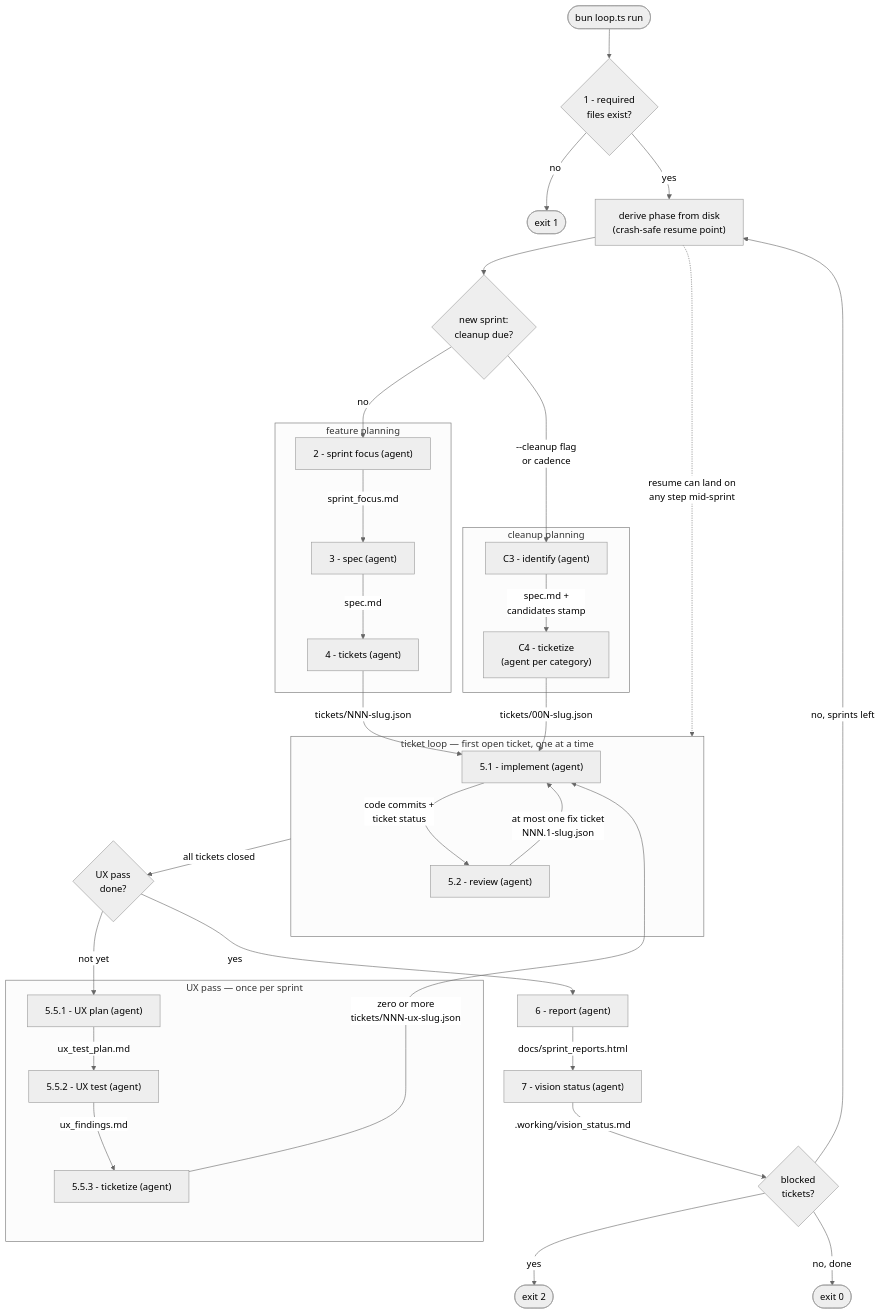
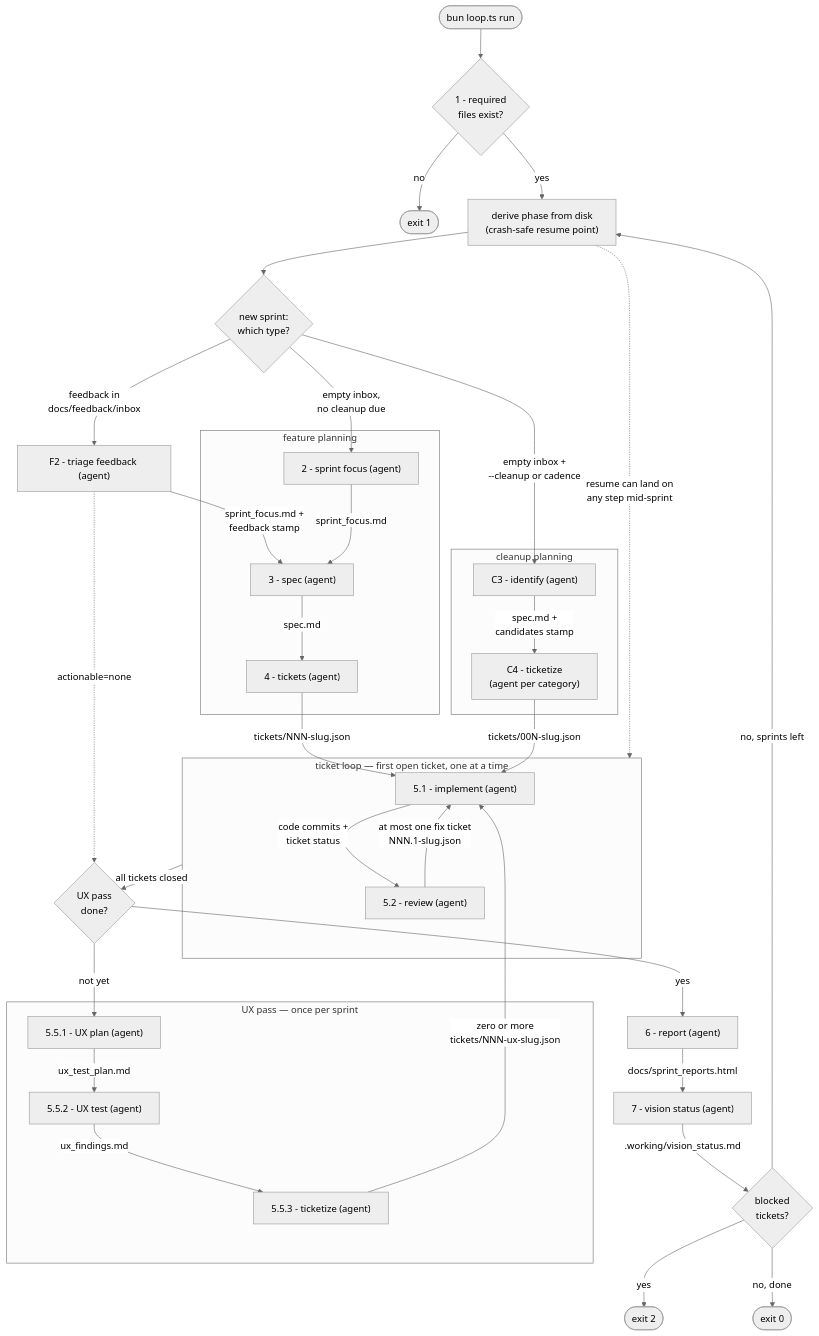
The diagram in README.md (schmkls/mmm-loop), drawn with Mermaid (neutral theme) before and after one commit. The commit also changed other lines of this file and 28 other files, not shown here.

````diff
--- a/README.md
+++ b/README.md
@@ -174,44 +187,48 @@
 ```mermaid
 flowchart TD
     Run(["bun loop.ts run"]) --> Validate{"1 - required<br/>files exist?"}
     Validate -- no --> Exit1(["exit 1"])
     Validate -- yes --> Derive["derive phase from disk<br/>(crash-safe resume point)"]
     Derive -. "resume can land on<br/>any step mid-sprint" .-> Loop
-    Derive --> Kind{"new sprint:<br/>cleanup due?"}
+    Derive --> Kind{"new sprint:<br/>which type?"}
 
-    Kind -- no --> Focus
-    Kind -- "--cleanup flag<br/>or cadence" --> C3
+    Kind -- "empty inbox,<br/>no cleanup due" --> Focus
+    Kind -- "feedback in<br/>docs/feedback/inbox" --> F2["F2 - triage feedback (agent)"]
+    Kind -- "empty inbox +<br/>--cleanup or cadence" --> C3
+
+    F2 -- "sprint_focus.md +<br/>feedback stamp" --> Spec
+    F2 -. "actionable=none" .-> UxGate
 
     subgraph Feature["feature planning"]
         Focus["2 - sprint focus (agent)"] -- "sprint_focus.md" --> Spec["3 - spec (agent)"]
         Spec -- "spec.md" --> Tickets["4 - tickets (agent)"]
     end
 
     subgraph Cleanup["cleanup planning"]
         C3["C3 - identify (agent)"] -- "spec.md +<br/>candidates stamp" --> C4["C4 - ticketize<br/>(agent per category)"]
     end
 
     Tickets -- "tickets/NNN-slug.json" --> Implement
     C4 -- "tickets/00N-slug.json" --> Implement
 
     subgraph Loop["ticket loop — first open ticket, one at a time"]
         Implement["5.1 - implement (agent)"] -- "code commits +<br/>ticket status" --> Review["5.2 - review (agent)"]
         Review -- "at most one fix ticket<br/>NNN.1-slug.json" --> Implement
     end
 
     Loop -- "all tickets closed" --> UxGate{"UX pass<br/>done?"}
     UxGate -- "not yet" --> UxPlan
 
     subgraph Ux["UX pass — once per sprint"]
         UxPlan["5.5.1 - UX plan (agent)"] -- "ux_test_plan.md" --> UxTest["5.5.2 - UX test (agent)"]
         UxTest -- "ux_findings.md" --> UxTix["5.5.3 - ticketize (agent)"]
     end
 
     UxTix -- "zero or more<br/>tickets/NNN-ux-slug.json" --> Implement
     UxGate -- yes --> Report["6 - report (agent)"]
     Report -- "docs/sprint_reports.html" --> Vision["7 - vision status (agent)"]
     Vision -- ".working/vision_status.md" --> Stop{"blocked<br/>tickets?"}
     Stop -- yes --> Exit2(["exit 2"])
     Stop -- "no, sprints left" --> Derive
     Stop -- "no, done" --> Exit0(["exit 0"])
 ```
````
